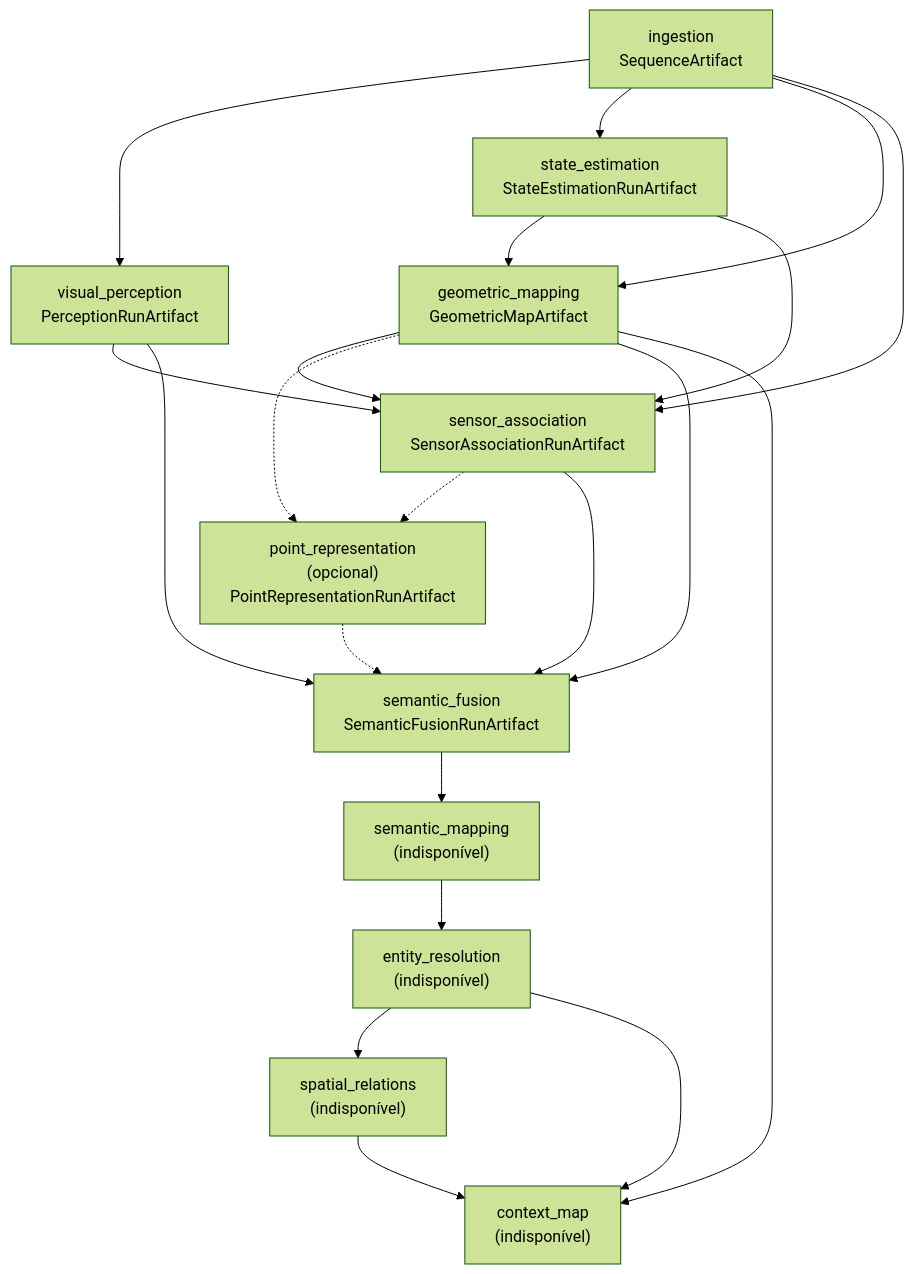
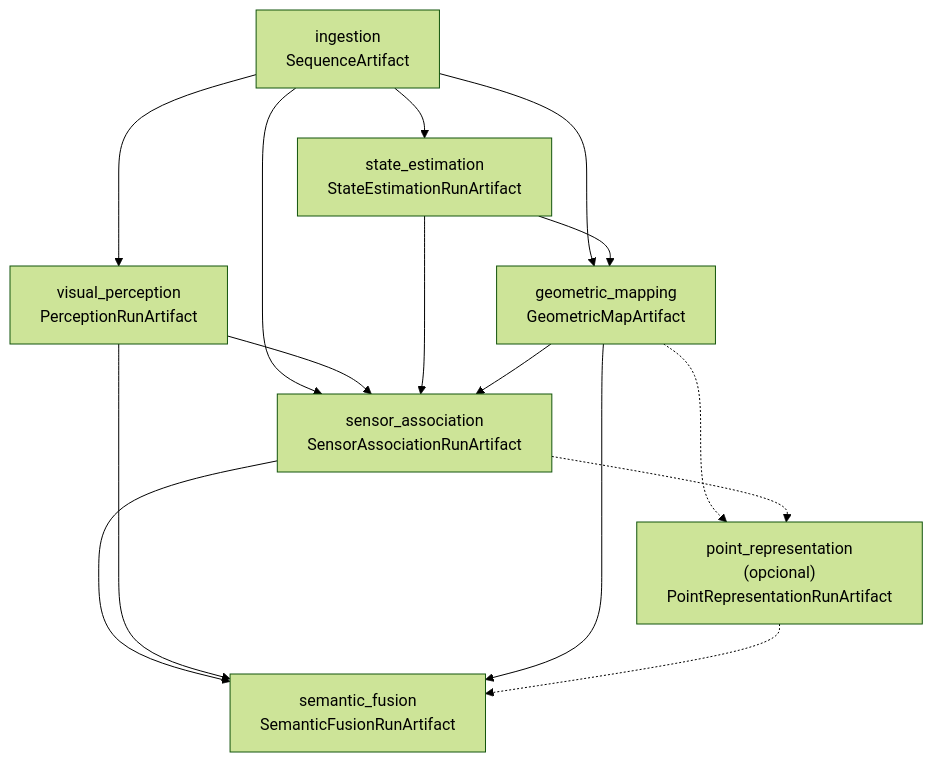
One commit to Alexandre-Tortoza/contextmap2 changed the diagram in src/contextmap/runtime/docs/pipeline.md. Above: the diagram before and after it, drawn with Mermaid (forest theme). The commit also changed other lines of this file and 84 other files, not shown here.

````diff
--- a/src/contextmap/runtime/docs/pipeline.md
+++ b/src/contextmap/runtime/docs/pipeline.md
@@ -9,33 +9,25 @@
 ```mermaid
 flowchart TD
     ING["ingestion<br/>SequenceArtifact"]
     VP["visual_perception<br/>PerceptionRunArtifact"]
     ST["state_estimation<br/>StateEstimationRunArtifact"]
     GM["geometric_mapping<br/>GeometricMapArtifact"]
     SA["sensor_association<br/>SensorAssociationRunArtifact"]
     PR["point_representation<br/>(opcional)<br/>PointRepresentationRunArtifact"]
     SF["semantic_fusion<br/>SemanticFusionRunArtifact"]
-    SM["semantic_mapping<br/>(indisponível)"]
-    ER["entity_resolution<br/>(indisponível)"]
-    SR["spatial_relations<br/>(indisponível)"]
-    CM["context_map<br/>(indisponível)"]
 
     ING --> VP
     ING --> ST
     ING --> GM
     ST --> GM
     ING --> SA
     VP --> SA
     ST --> SA
     GM --> SA
     GM -.-> PR
     SA -.-> PR
     SA --> SF
     VP --> SF
     GM --> SF
     PR -.-> SF
-    SF --> SM --> ER --> SR
-    GM --> CM
-    ER --> CM
-    SR --> CM
 ```
````
